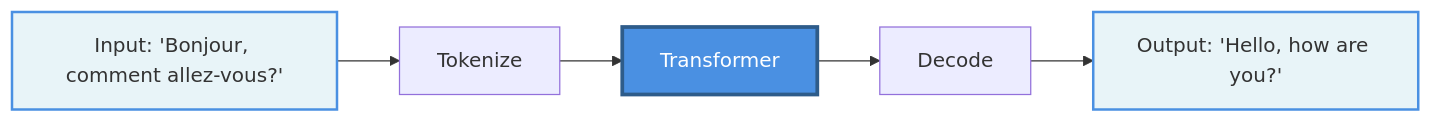
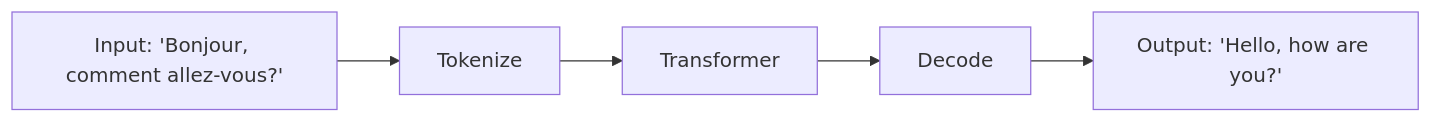
The diagram in src/01/diagrams/transformer-1.mmd (simonguest/CS-394), drawn with Mermaid before and after one commit. The commit also changed 4 other files, not shown here.

Commit message:
Added mermaid theme and removed inline styling

```diff
--- a/src/01/diagrams/transformer-1.mmd
+++ b/src/01/diagrams/transformer-1.mmd
@@ -1,10 +1,6 @@
 graph LR
     Input["Input: 'Bonjour, comment allez-vous?'"]
     Transformer[Transformer]
     Output["Output: 'Hello, how are you?'"]
     
     Input --> Tokenize --> Transformer --> Decode --> Output
-    
-    style Transformer fill:#4A90E2,stroke:#2E5C8A,stroke-width:3px,color:#fff
-    style Input fill:#E8F4F8,stroke:#4A90E2,stroke-width:2px
-    style Output fill:#E8F4F8,stroke:#4A90E2,stroke-width:2px
```
